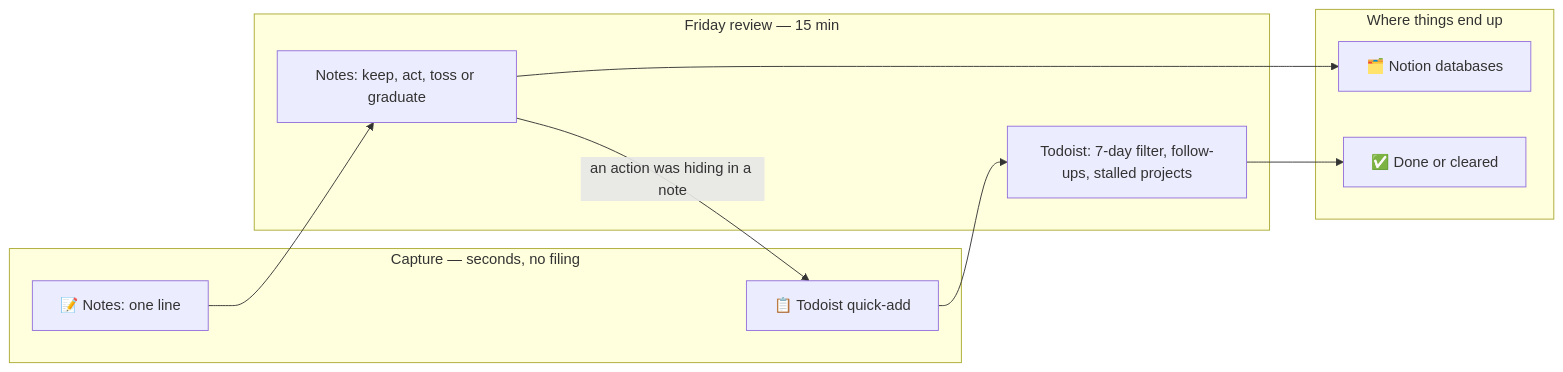
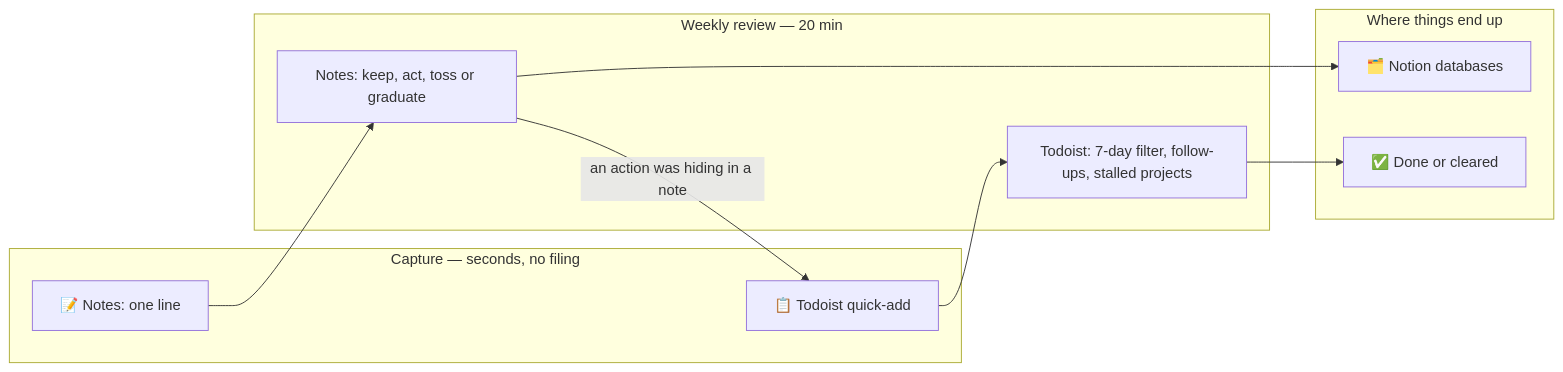
The fourth of 13 diagrams in workflow/personal-productivity-system.md (dcop7/tips_and_guides), drawn with Mermaid before and after one commit. The commit also changed other lines of this file, not shown here.

````diff
--- a/workflow/personal-productivity-system.md
+++ b/workflow/personal-productivity-system.md
@@ -128,18 +218,18 @@
 ```mermaid
 flowchart LR
     subgraph IN["Capture — seconds, no filing"]
         TQ["📋 Todoist quick-add"]
         NQ["📝 Notes: one line"]
     end
-    subgraph WEEK["Friday review — 15 min"]
+    subgraph WEEK["Weekly review — 20 min"]
         R1["Todoist: 7-day filter, follow-ups, stalled projects"]
         R2["Notes: keep, act, toss or graduate"]
     end
     subgraph HOMES["Where things end up"]
         H1["🗂️ Notion databases"]
         H2["✅ Done or cleared"]
     end
     TQ --> R1 --> H2
     NQ --> R2 --> H1
     R2 -->|"an action was hiding in a note"| TQ
 ```
````
